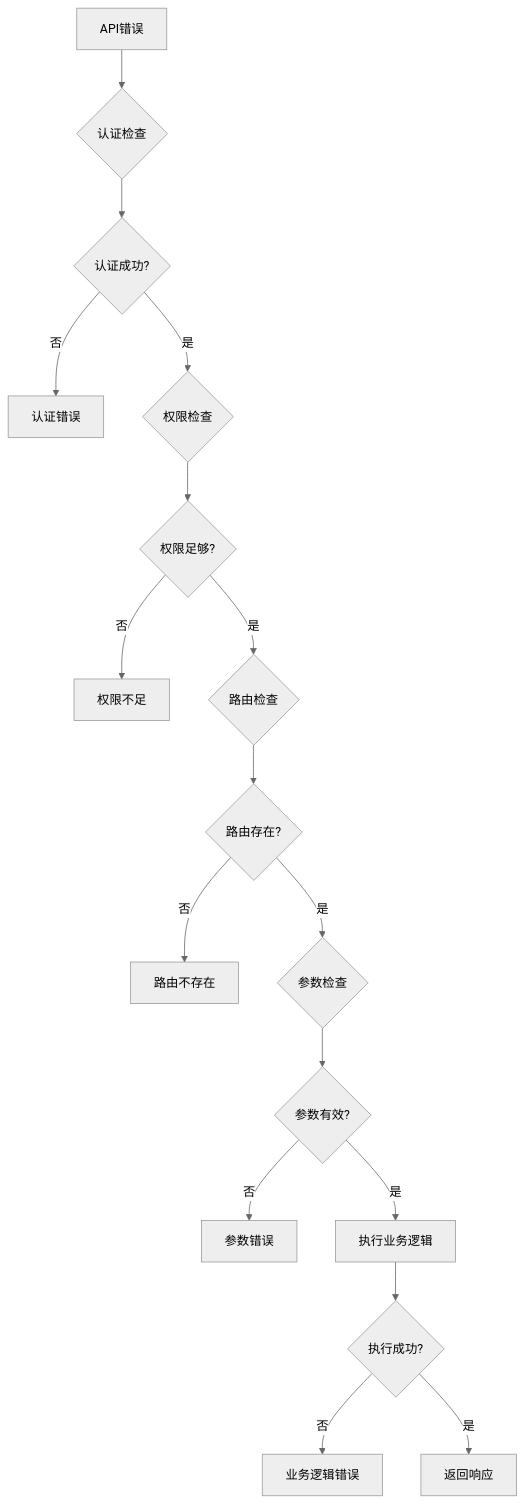
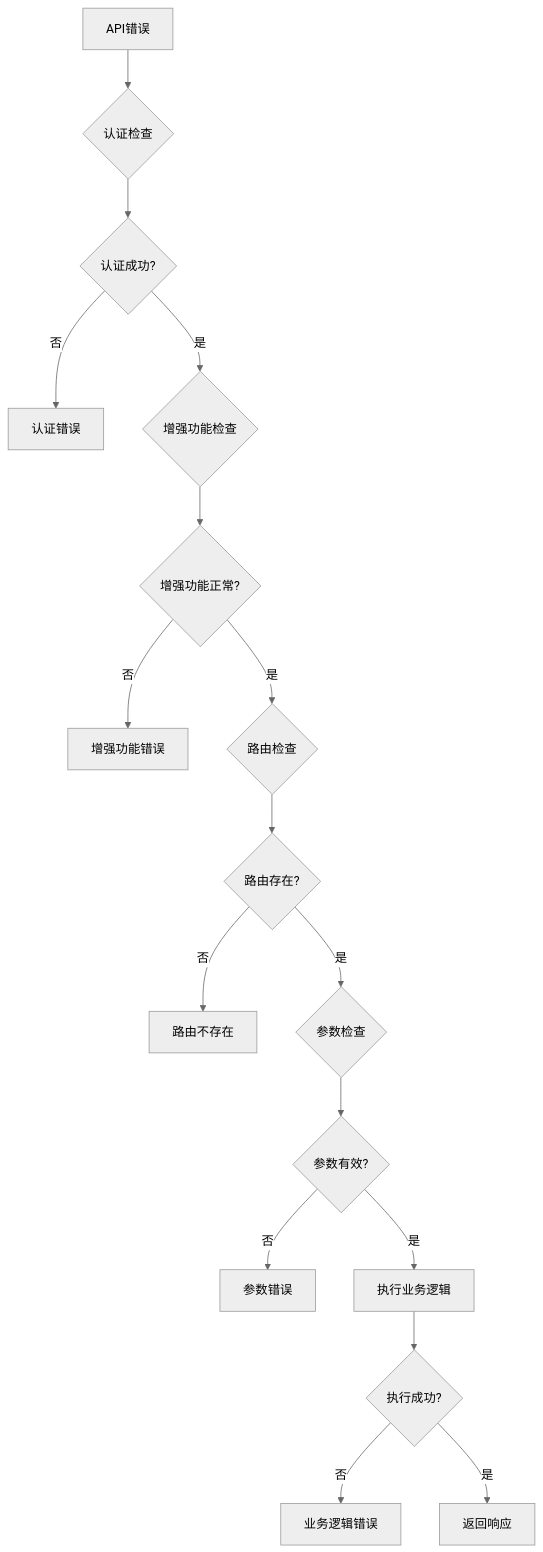
Diagram 13 of 13 in .qoder/repowiki/zh/content/后端系统/API路由系统.md (guyuefangyuanl/Over-the-counter-options), drawn with Mermaid (neutral theme) before and after one commit. The commit also changed other lines of this file and 29 other files, not shown here.

````diff
--- a/.qoder/repowiki/zh/content/后端系统/API路由系统.md
+++ b/.qoder/repowiki/zh/content/后端系统/API路由系统.md
@@ -474,19 +682,19 @@
 ```mermaid
 flowchart TD
 ERROR[API错误] --> CHECK_AUTH{认证检查}
 CHECK_AUTH --> AUTH_OK{认证成功?}
 AUTH_OK --> |否| AUTH_ERROR[认证错误]
-AUTH_OK --> |是| CHECK_PERM{权限检查}
-CHECK_PERM --> PERM_OK{权限足够?}
-PERM_OK --> |否| PERM_ERROR[权限不足]
-PERM_OK --> |是| CHECK_ROUTE{路由检查}
+AUTH_OK --> |是| CHECK_ENHANCED{增强功能检查}
+CHECK_ENHANCED --> ENHANCED_OK{增强功能正常?}
+ENHANCED_OK --> |否| ENHANCED_ERROR[增强功能错误]
+ENHANCED_OK --> |是| CHECK_ROUTE{路由检查}
 CHECK_ROUTE --> ROUTE_OK{路由存在?}
 ROUTE_OK --> |否| ROUTE_ERROR[路由不存在]
 ROUTE_OK --> |是| CHECK_PARAM{参数检查}
 CHECK_PARAM --> PARAM_OK{参数有效?}
 PARAM_OK --> |否| PARAM_ERROR[参数错误]
 PARAM_OK --> |是| EXECUTE[执行业务逻辑]
 EXECUTE --> SUCCESS{执行成功?}
 SUCCESS --> |否| EXEC_ERROR[业务逻辑错误]
 SUCCESS --> |是| RESPONSE[返回响应]
 ```
````
